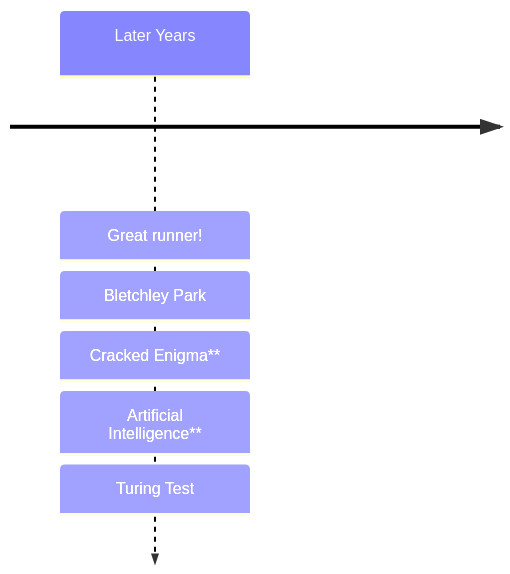
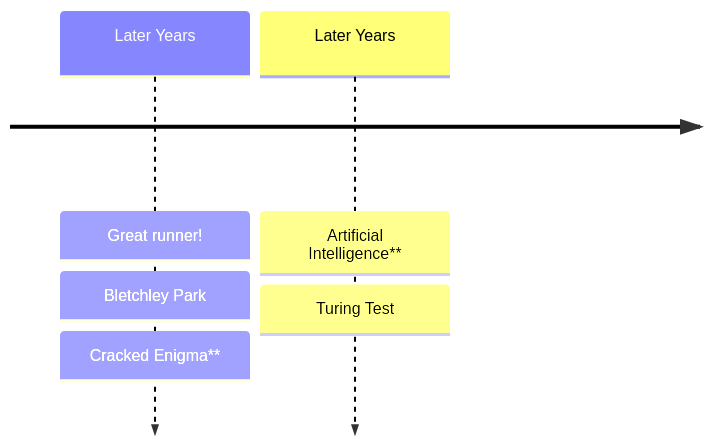
One commit to Furkanzmc/cppnorth-2024-shoulders-we-stand-on changed the seventh of 13 diagrams in pages/act-1.md. Above: the diagram before and after it, drawn with Mermaid. The commit also changed 4 other files, not shown here.

````diff
--- a/pages/act-1.md
+++ b/pages/act-1.md
@@ -424,9 +424,9 @@
 ```mermaid
 timeline
     Later Years : Great runner!
                 : Bletchley Park
                 : Cracked Enigma**
-                : Artificial Intelligence**
+    Later Years : Artificial Intelligence**
                 : Turing Test
                 
 ```
````
